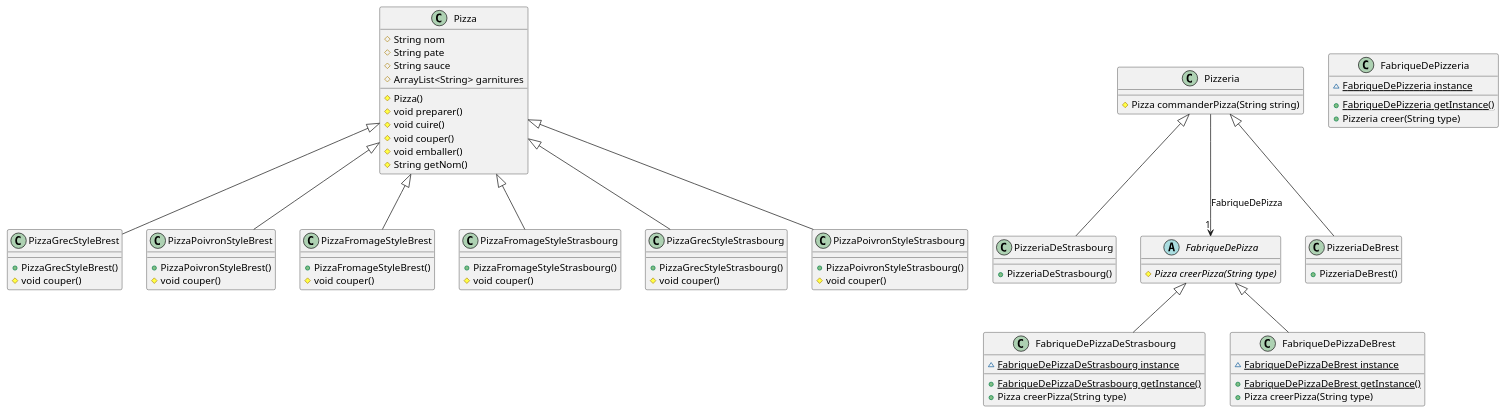
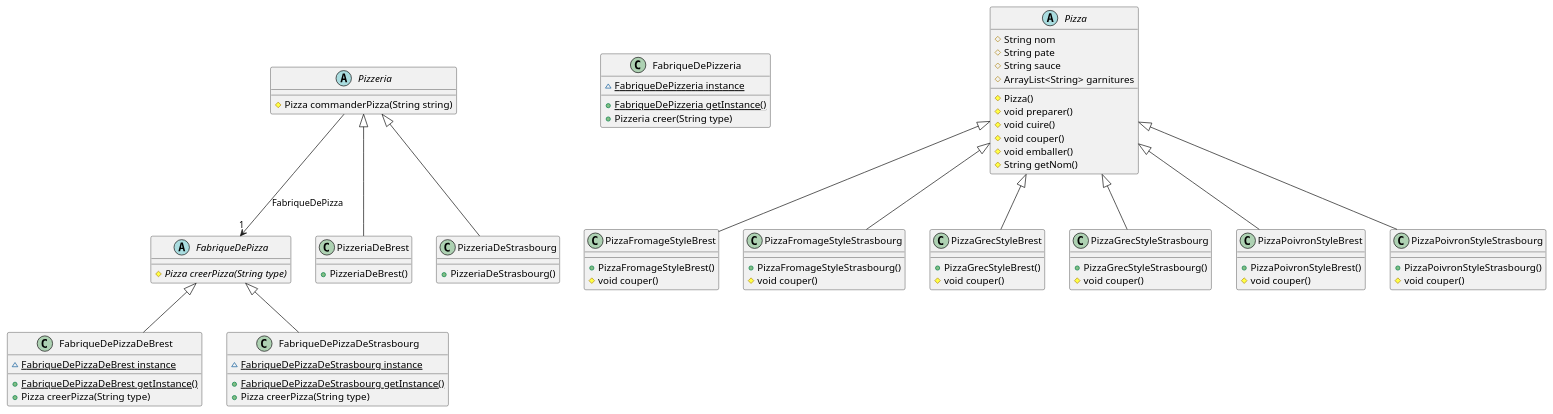
One commit to IUT-Blagnac/cpoa-tp3-Alexiou22 changed the diagram in docs/Tp3.plantuml. Above: the diagram before and after it, drawn with PlantUML.

Commit message:
fix #0 Initial task done

```diff
--- a/docs/Tp3.plantuml
+++ b/docs/Tp3.plantuml
@@ -1,98 +1,98 @@
 @startuml
-class PizzaGrecStyleBrest [[java:tp3.PizzaGrecStyleBrest]] {
-	+PizzaGrecStyleBrest()
-	#void couper()
+abstract class FabriqueDePizza [[java:tp3.FabriqueDePizza]] {
+	#{abstract}Pizza creerPizza(String type)
 }
-class Pizza [[java:tp3.Pizza]] {
+class FabriqueDePizzaDeBrest [[java:tp3.FabriqueDePizzaDeBrest]] {
+	~{static}FabriqueDePizzaDeBrest instance
+	+{static}FabriqueDePizzaDeBrest getInstance()
+	+Pizza creerPizza(String type)
 }
-Pizza <|-- PizzaGrecStyleBrest
-class PizzeriaDeStrasbourg [[java:tp3.PizzeriaDeStrasbourg]] {
-	+PizzeriaDeStrasbourg()
+abstract class FabriqueDePizza [[java:tp3.FabriqueDePizza]] {
 }
-class Pizzeria [[java:tp3.Pizzeria]] {
-}
-Pizzeria <|-- PizzeriaDeStrasbourg
-class PizzaPoivronStyleBrest [[java:tp3.PizzaPoivronStyleBrest]] {
-	+PizzaPoivronStyleBrest()
-	#void couper()
-}
-class Pizza [[java:tp3.Pizza]] {
-}
-Pizza <|-- PizzaPoivronStyleBrest
+FabriqueDePizza <|-- FabriqueDePizzaDeBrest
 class FabriqueDePizzaDeStrasbourg [[java:tp3.FabriqueDePizzaDeStrasbourg]] {
 	~{static}FabriqueDePizzaDeStrasbourg instance
 	+{static}FabriqueDePizzaDeStrasbourg getInstance()
 	+Pizza creerPizza(String type)
 }
-class FabriqueDePizza [[java:tp3.FabriqueDePizza]] {
+abstract class FabriqueDePizza [[java:tp3.FabriqueDePizza]] {
 }
 FabriqueDePizza <|-- FabriqueDePizzaDeStrasbourg
-class FabriqueDePizzaDeBrest [[java:tp3.FabriqueDePizzaDeBrest]] {
-	~{static}FabriqueDePizzaDeBrest instance
-	+{static}FabriqueDePizzaDeBrest getInstance()
-	+Pizza creerPizza(String type)
-}
-class FabriqueDePizza [[java:tp3.FabriqueDePizza]] {
-}
-FabriqueDePizza <|-- FabriqueDePizzaDeBrest
-abstract class Pizzeria [[java:tp3.Pizzeria]] {
-	#Pizza commanderPizza(String string)
-}
-class FabriqueDePizza [[java:tp3.FabriqueDePizza]] {
-}
-Pizzeria --> "1" FabriqueDePizza : FabriqueDePizza
-class PizzaFromageStyleBrest [[java:tp3.PizzaFromageStyleBrest]] {
-	+PizzaFromageStyleBrest()
-	#void couper()
-}
-class Pizza [[java:tp3.Pizza]] {
-}
-Pizza <|-- PizzaFromageStyleBrest
-abstract class FabriqueDePizza [[java:tp3.FabriqueDePizza]] {
-	#{abstract}Pizza creerPizza(String type)
-}
 class FabriqueDePizzeria [[java:tp3.FabriqueDePizzeria]] {
 	~{static}FabriqueDePizzeria instance
 	+{static}FabriqueDePizzeria getInstance()
 	+Pizzeria creer(String type)
 }
-class PizzaFromageStyleStrasbourg [[java:tp3.PizzaFromageStyleStrasbourg]] {
-	+PizzaFromageStyleStrasbourg()
-	#void couper()
-}
-class Pizza [[java:tp3.Pizza]] {
-}
-Pizza <|-- PizzaFromageStyleStrasbourg
-class PizzeriaDeBrest [[java:tp3.PizzeriaDeBrest]] {
-	+PizzeriaDeBrest()
-}
-class Pizzeria [[java:tp3.Pizzeria]] {
-}
-Pizzeria <|-- PizzeriaDeBrest
 abstract class Pizza [[java:tp3.Pizza]] {
 	#String nom
 	#String pate
 	#String sauce
 	#ArrayList<String> garnitures
 	#Pizza()
 	#void preparer()
 	#void cuire()
 	#void couper()
 	#void emballer()
 	#String getNom()
 }
+class PizzaFromageStyleBrest [[java:tp3.PizzaFromageStyleBrest]] {
+	+PizzaFromageStyleBrest()
+	#void couper()
+}
+abstract class Pizza [[java:tp3.Pizza]] {
+}
+Pizza <|-- PizzaFromageStyleBrest
+class PizzaFromageStyleStrasbourg [[java:tp3.PizzaFromageStyleStrasbourg]] {
+	+PizzaFromageStyleStrasbourg()
+	#void couper()
+}
+abstract class Pizza [[java:tp3.Pizza]] {
+}
+Pizza <|-- PizzaFromageStyleStrasbourg
+class PizzaGrecStyleBrest [[java:tp3.PizzaGrecStyleBrest]] {
+	+PizzaGrecStyleBrest()
+	#void couper()
+}
+abstract class Pizza [[java:tp3.Pizza]] {
+}
+Pizza <|-- PizzaGrecStyleBrest
 class PizzaGrecStyleStrasbourg [[java:tp3.PizzaGrecStyleStrasbourg]] {
 	+PizzaGrecStyleStrasbourg()
 	#void couper()
 }
-class Pizza [[java:tp3.Pizza]] {
+abstract class Pizza [[java:tp3.Pizza]] {
 }
 Pizza <|-- PizzaGrecStyleStrasbourg
+class PizzaPoivronStyleBrest [[java:tp3.PizzaPoivronStyleBrest]] {
+	+PizzaPoivronStyleBrest()
+	#void couper()
+}
+abstract class Pizza [[java:tp3.Pizza]] {
+}
+Pizza <|-- PizzaPoivronStyleBrest
 class PizzaPoivronStyleStrasbourg [[java:tp3.PizzaPoivronStyleStrasbourg]] {
 	+PizzaPoivronStyleStrasbourg()
 	#void couper()
 }
-class Pizza [[java:tp3.Pizza]] {
+abstract class Pizza [[java:tp3.Pizza]] {
 }
 Pizza <|-- PizzaPoivronStyleStrasbourg
+abstract class Pizzeria [[java:tp3.Pizzeria]] {
+	#Pizza commanderPizza(String string)
+}
+abstract class FabriqueDePizza [[java:tp3.FabriqueDePizza]] {
+}
+Pizzeria --> "1" FabriqueDePizza : FabriqueDePizza
+class PizzeriaDeBrest [[java:tp3.PizzeriaDeBrest]] {
+	+PizzeriaDeBrest()
+}
+abstract class Pizzeria [[java:tp3.Pizzeria]] {
+}
+Pizzeria <|-- PizzeriaDeBrest
+class PizzeriaDeStrasbourg [[java:tp3.PizzeriaDeStrasbourg]] {
+	+PizzeriaDeStrasbourg()
+}
+abstract class Pizzeria [[java:tp3.Pizzeria]] {
+}
+Pizzeria <|-- PizzeriaDeStrasbourg
 @enduml
```
